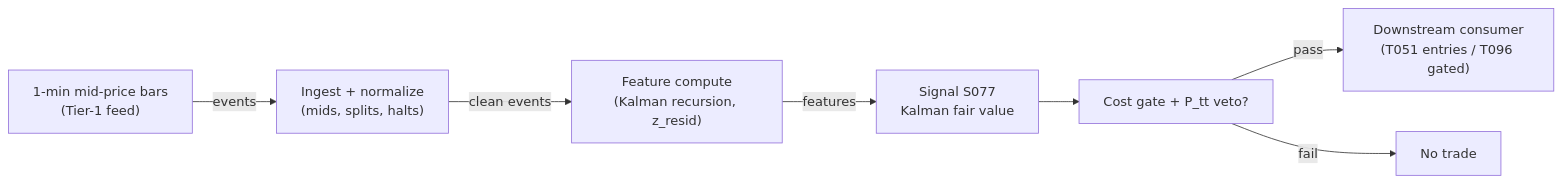
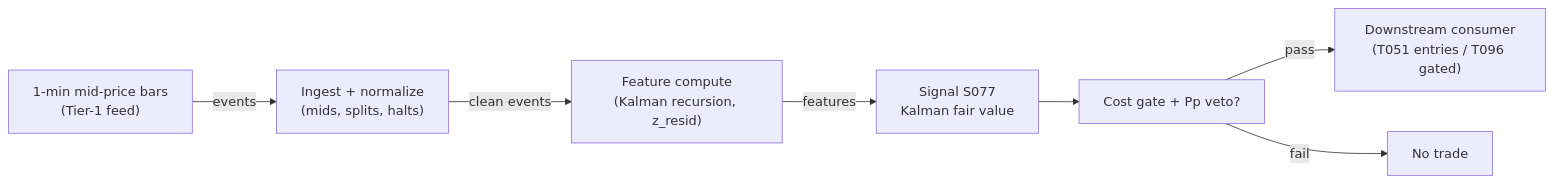
The diagram in modules/signals/S077.md (praveenguptahcl/quant-signals-deep), drawn with Mermaid before and after one commit. The commit also changed other lines of this file and 102 other files, not shown here.

````diff
--- a/modules/signals/S077.md
+++ b/modules/signals/S077.md
@@ -415,9 +518,9 @@
 ```mermaid
 flowchart LR
     FEED["1-min mid-price bars<br/>(Tier-1 feed)"] -->|events| ING["Ingest + normalize<br/>(mids, splits, halts)"]
     ING -->|clean events| FEAT["Feature compute<br/>(Kalman recursion, z_resid)"]
     FEAT -->|features| SIG["Signal S077<br/>Kalman fair value"]
-    SIG --> GATE["Cost gate + P_tt veto?"]
+    SIG --> GATE["Cost gate + Pp veto?"]
     GATE -->|pass| OUT["Downstream consumer<br/>(T051 entries / T096 gated)"]
     GATE -->|fail| DROP["No trade"]
 ```
````
